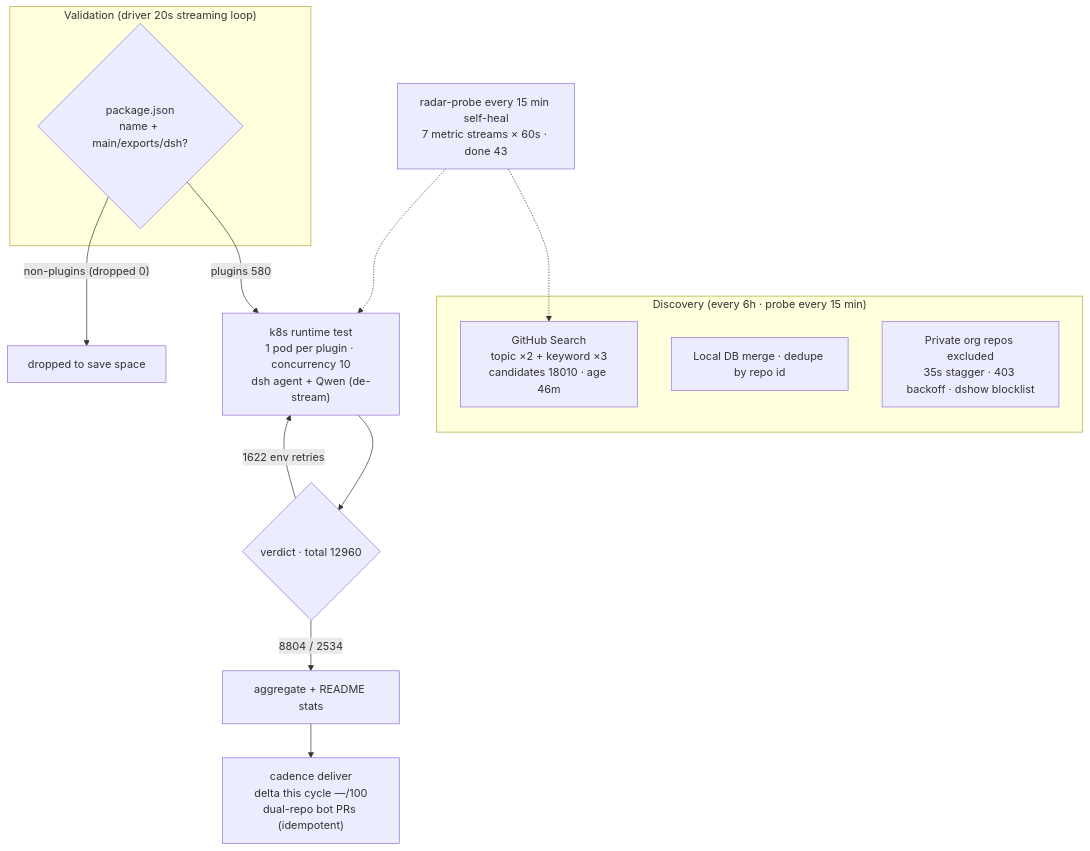
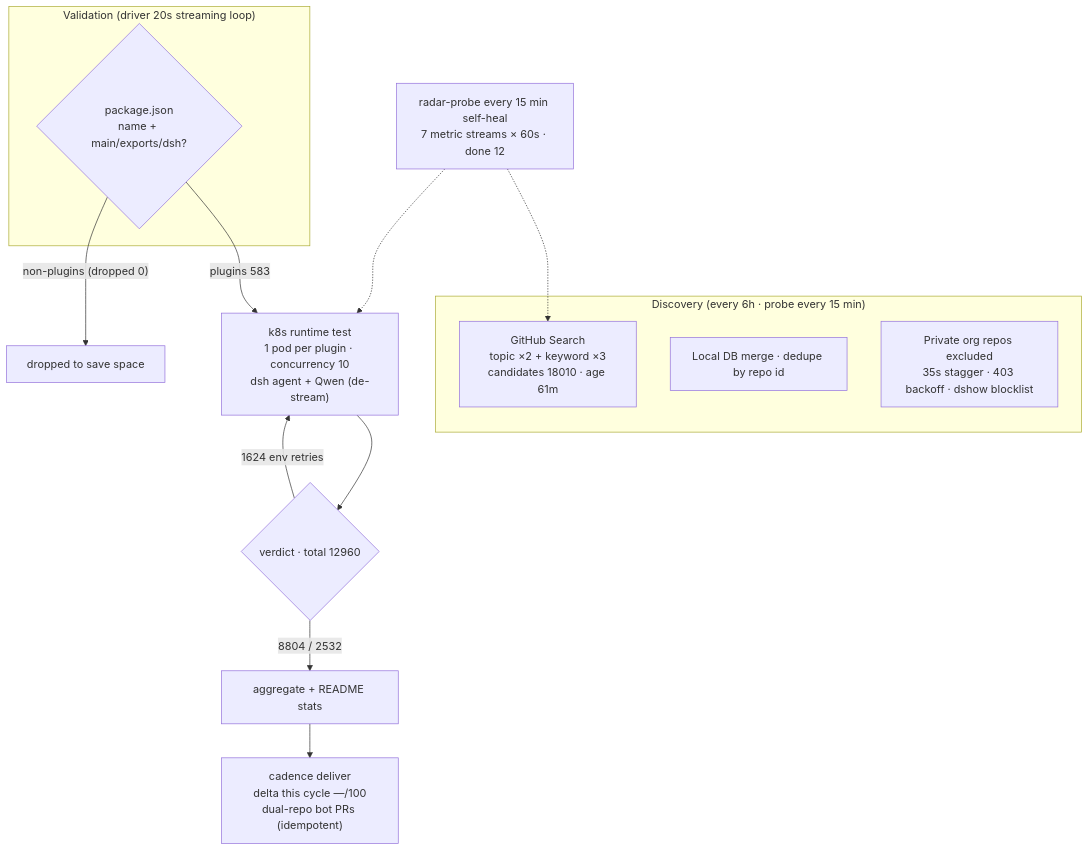
One commit to AdamPlatin123/awesome-dsh-plugins changed the diagram in README.en-US.md. Above: the diagram before and after it, drawn with Mermaid. The commit also changed other lines of this file and 5 other files, not shown here.

````diff
--- a/README.en-US.md
+++ b/README.en-US.md
@@ -45,20 +45,20 @@
 ```mermaid
 flowchart TB
     subgraph Discovery["Discovery (every 6h · probe every 15 min)"]
-        A1["GitHub Search<br/>topic ×2 + keyword ×3<br/>candidates 18010 · age 46m"]
+        A1["GitHub Search<br/>topic ×2 + keyword ×3<br/>candidates 18010 · age 61m"]
         A2["Local DB merge · dedupe by repo id"]
         A3["Private org repos excluded<br/>35s stagger · 403 backoff · dshow blocklist"]
     end
     subgraph Validation["Validation (driver 20s streaming loop)"]
         B1{"package.json<br/>name + main/exports/dsh?"}
     end
-    B1 -->|"plugins 580"| C1["k8s runtime test<br/>1 pod per plugin · concurrency 10<br/>dsh agent + Qwen (de-stream)"]
+    B1 -->|"plugins 583"| C1["k8s runtime test<br/>1 pod per plugin · concurrency 10<br/>dsh agent + Qwen (de-stream)"]
     B1 -->|"non-plugins (dropped 0)"| B3["dropped to save space"]
     C1 --> D1{"verdict · total 12960"}
-    D1 -->|"8804 / 2534"| E1["aggregate + README stats"]
-    D1 -->|"1622 env retries"| C1
+    D1 -->|"8804 / 2532"| E1["aggregate + README stats"]
+    D1 -->|"1624 env retries"| C1
     E1 --> E2["cadence deliver<br/>delta this cycle —/100<br/>dual-repo bot PRs (idempotent)"]
-    M["radar-probe every 15 min self-heal<br/>7 metric streams × 60s · done 43"]
+    M["radar-probe every 15 min self-heal<br/>7 metric streams × 60s · done 12"]
     M -.-> A1
     M -.-> C1
 ```
````
